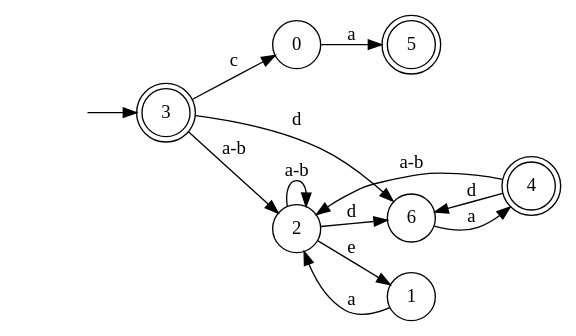
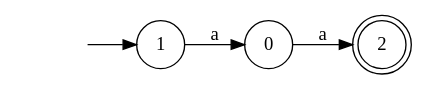
One commit to Faymiaouent/Automa4U changed the diagram in dotfiles/DFA4.dot. Above: the diagram before and after it, drawn with Graphviz. The commit also changed 42 other files, not shown here.

```diff
--- a/dotfiles/DFA4.dot
+++ b/dotfiles/DFA4.dot
@@ -1,23 +1,10 @@
 digraph Automaton {
   rankdir = LR;
 node [shape=circle];
-  0 -> 5 [label="a"];
+  0 -> 2 [label="a"];
 node [shape=circle];
-  1 -> 2 [label="a"];
-node [shape=circle];
-  2 -> 6 [label="d"];
-  2 -> 2 [label="a-b"];
-  2 -> 1 [label="e"];
-3 [shape=doublecircle]; 
   initial [shape=plaintext,label=""];
-  initial -> 3
-  3 -> 6 [label="d"];
-  3 -> 2 [label="a-b"];
-  3 -> 0 [label="c"];
-4 [shape=doublecircle]; 
-  4 -> 6 [label="d"];
-  4 -> 2 [label="a-b"];
-5 [shape=doublecircle]; 
-node [shape=circle];
-  6 -> 4 [label="a"];
+  initial -> 1
+  1 -> 0 [label="a"];
+2 [shape=doublecircle]; 
 }
```
